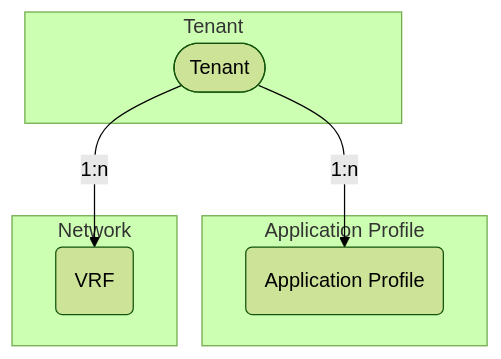
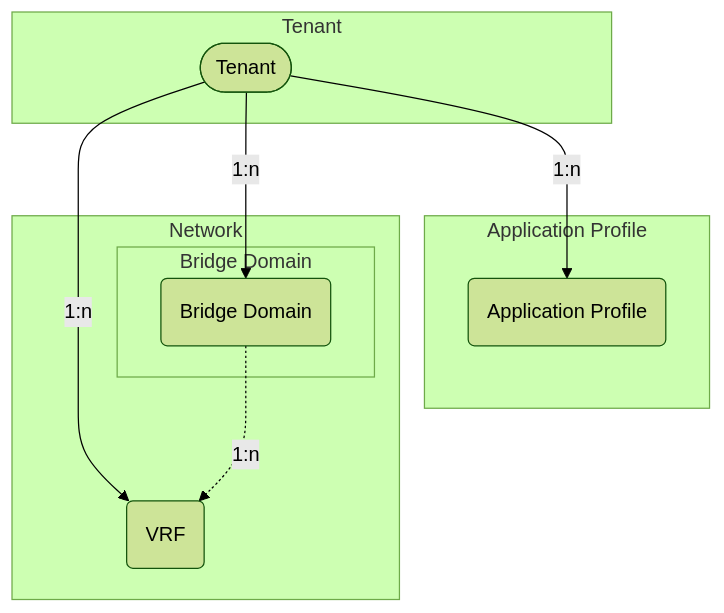
One commit to pheus/netbox-aci-plugin changed the diagram in docs/features/tenants.md. Above: the diagram before and after it, drawn with Mermaid (forest theme). The commit also changed other lines of this file and 1 other file, not shown here.

Commit message:
docs(bridgedomain): Add docs for ACIBridgeDomain

````diff
--- a/docs/features/tenants.md
+++ b/docs/features/tenants.md
@@ -5,15 +5,20 @@
 ```mermaid
 flowchart TD
     TN([Tenant])
     AP(Application Profile)
+    BD(Bridge Domain)
     VRF(VRF)
     subgraph graphTN [Tenant]
         TN
     end
     subgraph graphAP [Application Profile]
         TN -->|1:n| AP
     end
     subgraph graphNW [Network]
         TN -->|1:n| VRF
+        subgraph graphBD [Bridge Domain]
+            TN -->|1:n| BD
+        end
+        BD -.->|1:n| VRF
     end
 ```
````
